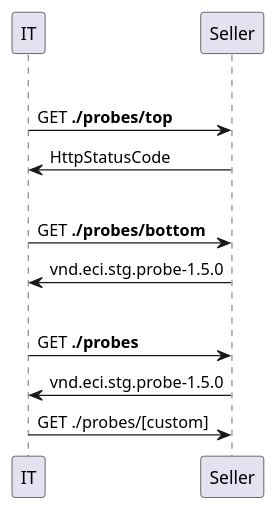
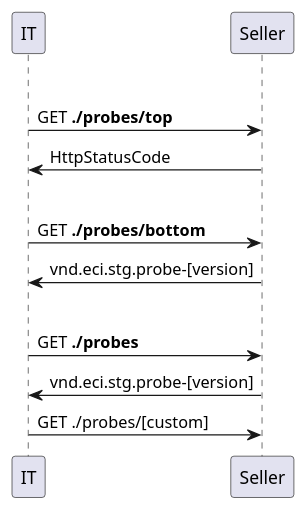
One commit to EciStg/order-placement changed the second of 3 diagrams in probe/probe.org. Above: the diagram before and after it, drawn with PlantUML. The commit also changed other lines of this file and 28 other files, not shown here.

```diff
--- a/probe/probe.org
+++ b/probe/probe.org
@@ -50,16 +61,16 @@
 #+BEGIN_SRC plantuml :file ../images/probe-sequence-diagram.puml.png :exports results
   @startuml sequence-probe.png
   group top probe
       IT -> Seller: GET **./probes/top**
       Seller -> IT: HttpStatusCode
 
   group bottom probe
       IT -> Seller: GET **./probes/bottom**
-      Seller -> IT: vnd.eci.stg.probe-1.5.0
+      Seller -> IT: vnd.eci.stg.probe-[version]
 
   group custom probes
     IT -> Seller: GET **./probes**
-    Seller -> IT: vnd.eci.stg.probe-1.5.0
+    Seller -> IT: vnd.eci.stg.probe-[version]
     IT -> Seller: GET ./probes/[custom]
 @enduml
 #+END_SRC
```
